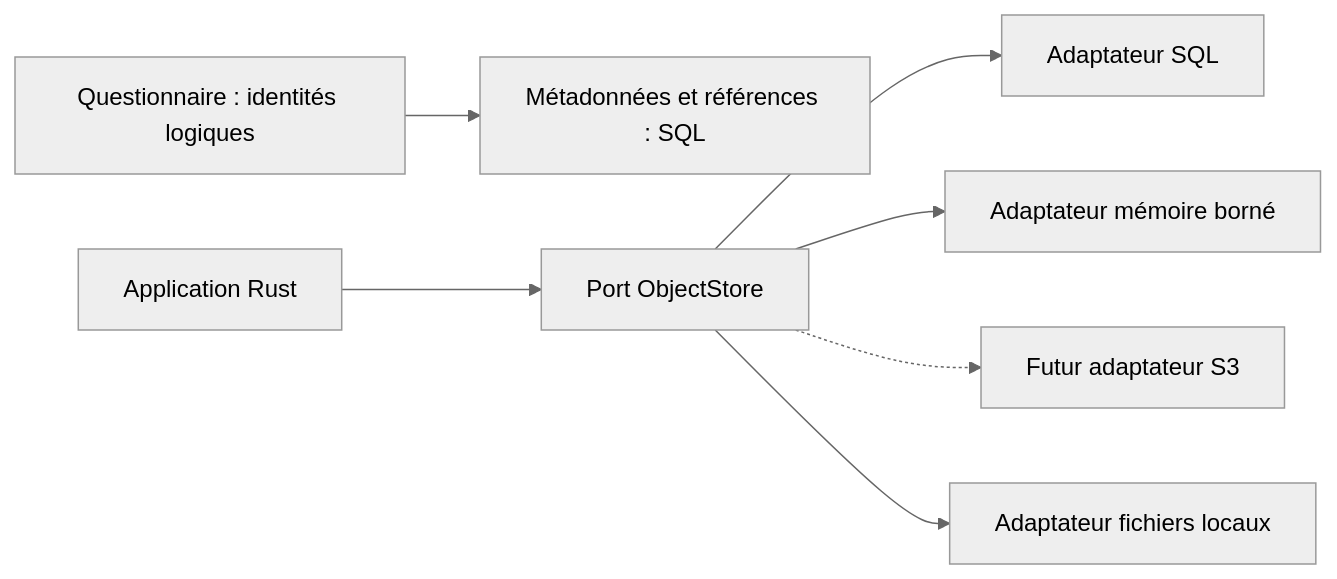
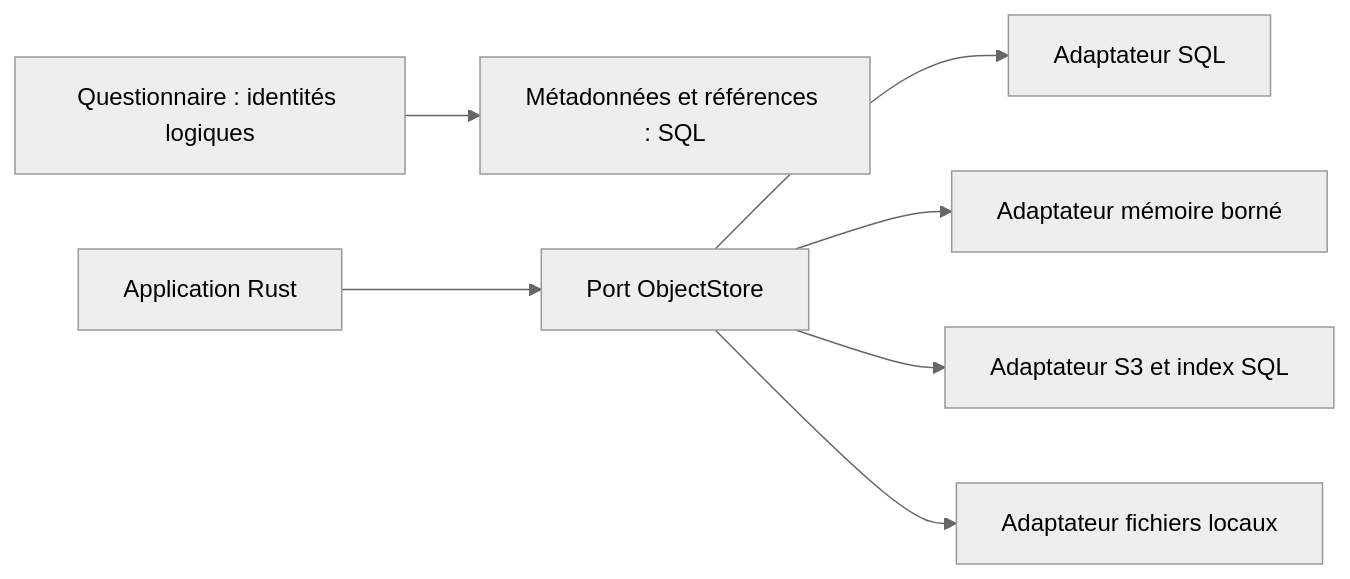
Before and after one commit to akerfourn/RustSurvey: the diagram in docs/decisions/0002-object-storage.md, drawn with Mermaid (neutral theme). The commit also changed other lines of this file and 297 other files, not shown here.

````diff
--- a/docs/decisions/0002-object-storage.md
+++ b/docs/decisions/0002-object-storage.md
@@ -31,9 +32,9 @@
 ```mermaid
 flowchart LR
     Domain["Questionnaire : identités logiques"] --> Metadata["Métadonnées et références : SQL"]
     Server["Application Rust"] --> Port["Port ObjectStore"]
     Port --> SQL["Adaptateur SQL"]
     Port --> Memory["Adaptateur mémoire borné"]
-    Port -.-> S3["Futur adaptateur S3"]
+    Port --> S3["Adaptateur S3 et index SQL"]
     Port --> Disk["Adaptateur fichiers locaux"]
 ```
````
